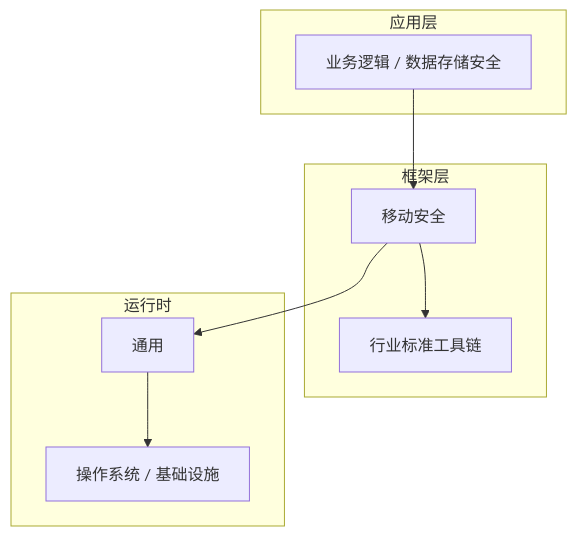
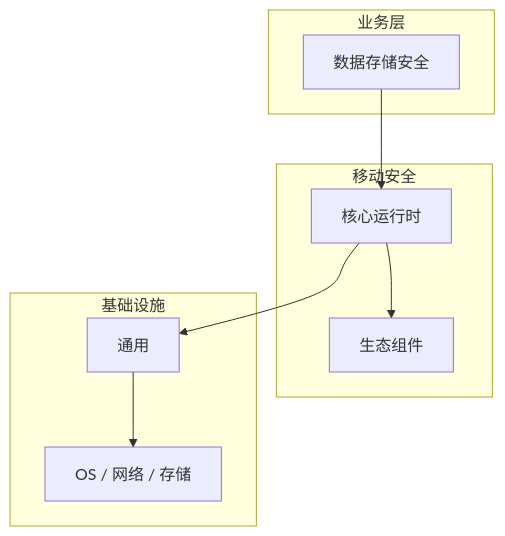
The diagram in articles/移动安全/chapters/037-数据存储安全核心概念与原理.md (yanggan2015/knowledge-json-v2), drawn with Mermaid before and after one commit. The commit also changed other lines of this file and 10127 other files, not shown here.

````diff
--- a/articles/移动安全/chapters/037-数据存储安全核心概念与原理.md
+++ b/articles/移动安全/chapters/037-数据存储安全核心概念与原理.md
@@ -46,18 +31,18 @@
 ```mermaid
 graph TB
-    subgraph 应用层
-        A[业务逻辑 / 数据存储安全]
+    subgraph 业务层
+        A[数据存储安全]
     end
-    subgraph 框架层
-        B[移动安全]
-        C[行业标准工具链]
+    subgraph 移动安全
+        B[核心运行时]
+        C[生态组件]
     end
-    subgraph 运行时
+    subgraph 基础设施
         D[通用]
-        E[操作系统 / 基础设施]
+        E[OS / 网络 / 存储]
     end
     A --> B
     B --> C
     B --> D
     D --> E
 ```
````
